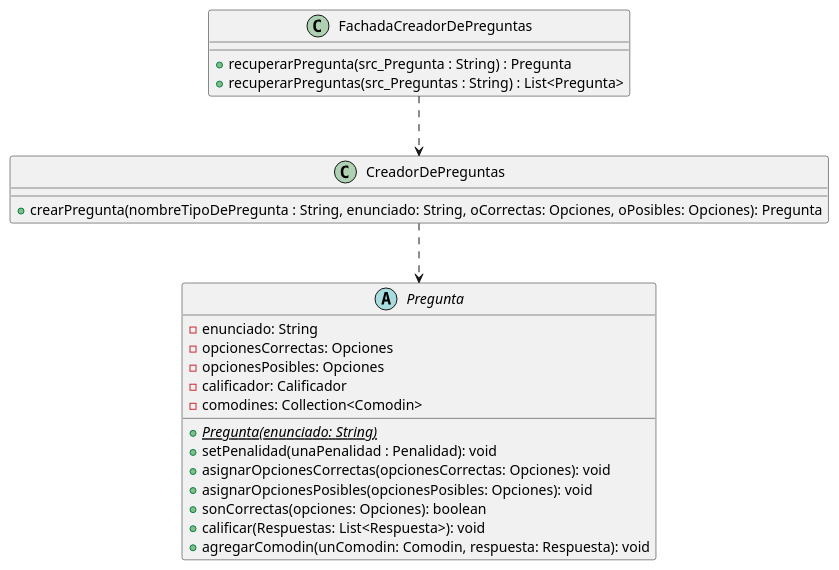
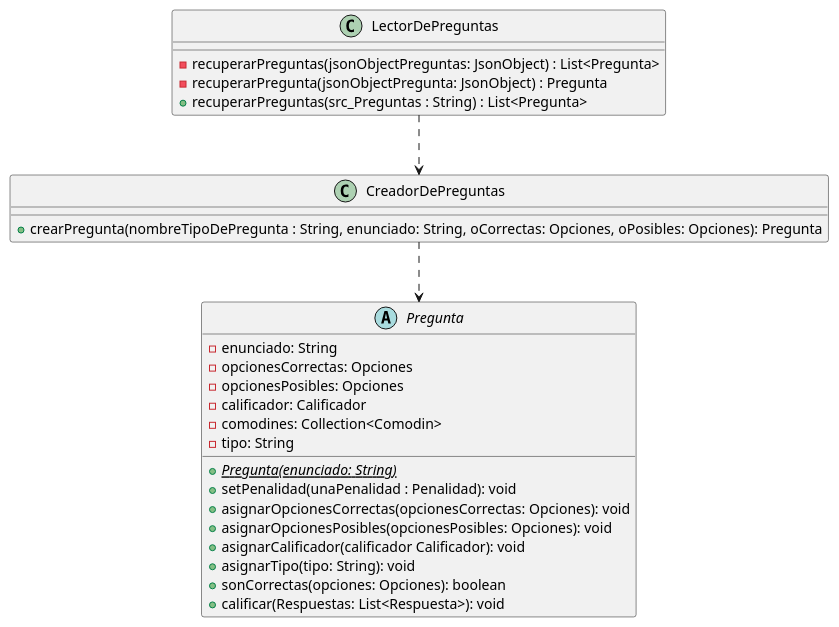
The diagram in src/main/java/edu/fiuba/algo3/Diagramas/puml/CreacionDePreguntas.puml (Alex1161/TP2), drawn with PlantUML before and after one commit. The commit also changed 19 other files, not shown here.

Commit message:
arreglo de diagrams

```diff
--- a/src/main/java/edu/fiuba/algo3/Diagramas/puml/CreacionDePreguntas.puml
+++ b/src/main/java/edu/fiuba/algo3/Diagramas/puml/CreacionDePreguntas.puml
@@ -1,35 +1,39 @@
 @startuml
 
 
 class CreadorDePreguntas{
     +crearPregunta(nombreTipoDePregunta : String, enunciado: String, oCorrectas: Opciones, oPosibles: Opciones): Pregunta
 
 }
 
-class FachadaCreadorDePreguntas{
-    +recuperarPregunta(src_Pregunta : String) : Pregunta
+class LectorDePreguntas{
+    -recuperarPreguntas(jsonObjectPreguntas: JsonObject) : List<Pregunta>
+    -recuperarPregunta(jsonObjectPregunta: JsonObject) : Pregunta
     +recuperarPreguntas(src_Preguntas : String) : List<Pregunta>
 }
 
 Abstract Class Pregunta{
     -enunciado: String
     -opcionesCorrectas: Opciones
     -opcionesPosibles: Opciones
     -calificador: Calificador
     -comodines: Collection<Comodin>
+    -tipo: String
 
     +{abstract}{static}Pregunta(enunciado: String)
     +setPenalidad(unaPenalidad : Penalidad): void
     +asignarOpcionesCorrectas(opcionesCorrectas: Opciones): void
     +asignarOpcionesPosibles(opcionesPosibles: Opciones): void
+    +asignarCalificador(calificador Calificador): void
+    +asignarTipo(tipo: String): void
     +sonCorrectas(opciones: Opciones): boolean
     +calificar(Respuestas: List<Respuesta>): void
-    +agregarComodin(unComodin: Comodin, respuesta: Respuesta): void
+
 }
 
-FachadaCreadorDePreguntas ..> CreadorDePreguntas
+LectorDePreguntas..> CreadorDePreguntas
 CreadorDePreguntas ..> Pregunta
 
 
 
 @enduml
```
